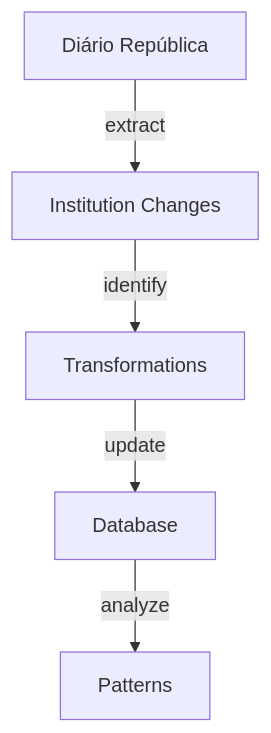
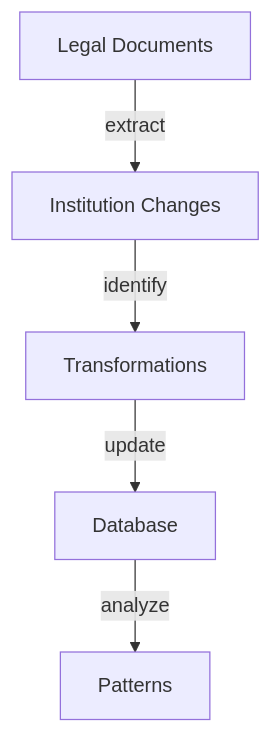
Before and after one commit to CarlosLiberJesus/obsidian-vault: the third of 3 diagrams in vault/BeWhyOrg/InServer/Backend/Database/Entity-Instituicao.md, drawn with Mermaid. The commit also changed other lines of this file and 11 other files, not shown here.

````diff
--- a/vault/BeWhyOrg/InServer/Backend/Database/Entity-Instituicao.md
+++ b/vault/BeWhyOrg/InServer/Backend/Database/Entity-Instituicao.md
@@ -119,7 +147,7 @@
 ```mermaid
 graph TD
-    DR[Diário República] --> |extract| IC[Institution Changes]
+    DR[Legal Documents] --> |extract| IC[Institution Changes]
     IC --> |identify| T[Transformations]
     T --> |update| DB[Database]
     DB --> |analyze| P[Patterns]
 ```
````
